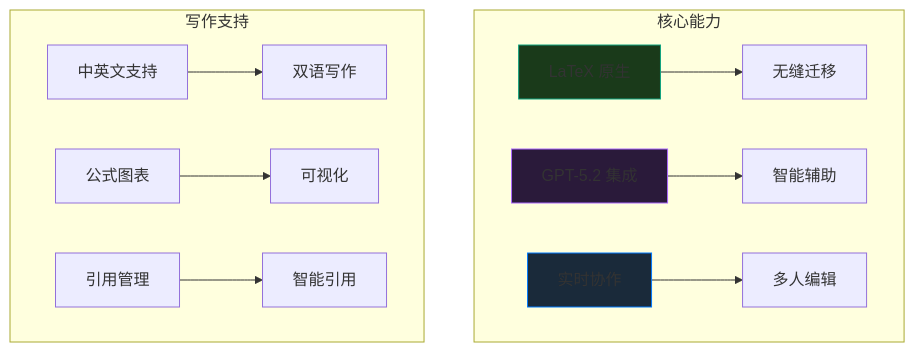
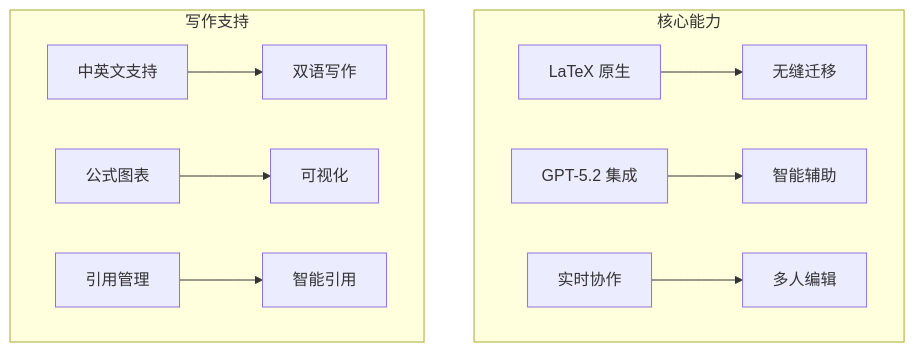
The diagram in src/content/docs/writing/prism.mdx (yiweinanzi/ai-research-ebook), drawn with Mermaid before and after one commit. The commit also changed 8 other files, not shown here.

First line of the commit message:
feat: enhance homepage and diagram scripts

````diff
--- a/src/content/docs/writing/prism.mdx
+++ b/src/content/docs/writing/prism.mdx
@@ -24,18 +24,15 @@
 ```mermaid
 flowchart TD
     subgraph 核心能力
         A[LaTeX 原生] --> B[无缝迁移]
         C[GPT-5.2 集成] --> D[智能辅助]
         E[实时协作] --> F[多人编辑]
     end
 
     subgraph 写作支持
         G[中英文支持] --> H[双语写作]
         I[公式图表] --> J[可视化]
         K[引用管理] --> L[智能引用]
     end
 
-    style A fill:#1a3a1a,stroke:#10a37f
-    style C fill:#2a1a3a,stroke:#ab68ff
-    style E fill:#1a2a3a,stroke:#007aff
 ```
````
